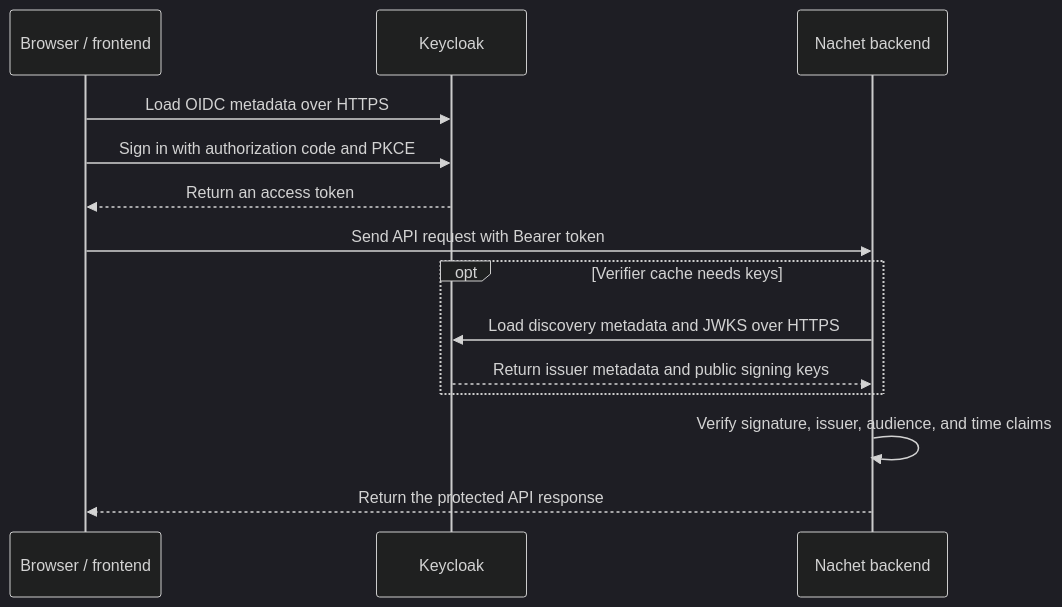
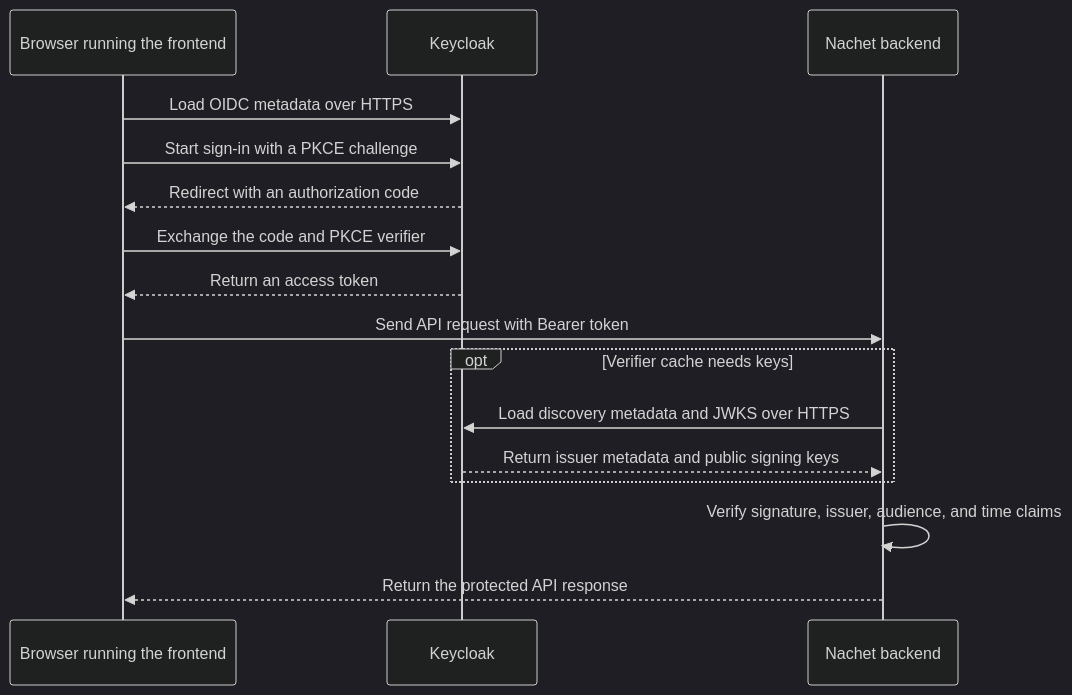
One commit to ai-cfia/nachet changed the fourth of 4 diagrams in DEVELOPER.md. Above: the diagram before and after it, drawn with Mermaid (dark theme). The commit also changed other lines of this file, not shown here.

Commit message:
docs(auth): clarify local Keycloak network layouts

````diff
--- a/DEVELOPER.md
+++ b/DEVELOPER.md
@@ -319,17 +338,19 @@
 ```mermaid
 sequenceDiagram
-    participant Browser as Browser / frontend
+    participant Browser as Browser running the frontend
     participant Keycloak
     participant Backend as Nachet backend
 
     Browser->>Keycloak: Load OIDC metadata over HTTPS
-    Browser->>Keycloak: Sign in with authorization code and PKCE
+    Browser->>Keycloak: Start sign-in with a PKCE challenge
+    Keycloak-->>Browser: Redirect with an authorization code
+    Browser->>Keycloak: Exchange the code and PKCE verifier
     Keycloak-->>Browser: Return an access token
     Browser->>Backend: Send API request with Bearer token
     opt Verifier cache needs keys
         Backend->>Keycloak: Load discovery metadata and JWKS over HTTPS
         Keycloak-->>Backend: Return issuer metadata and public signing keys
     end
     Backend->>Backend: Verify signature, issuer, audience, and time claims
     Backend-->>Browser: Return the protected API response
 ```
````
